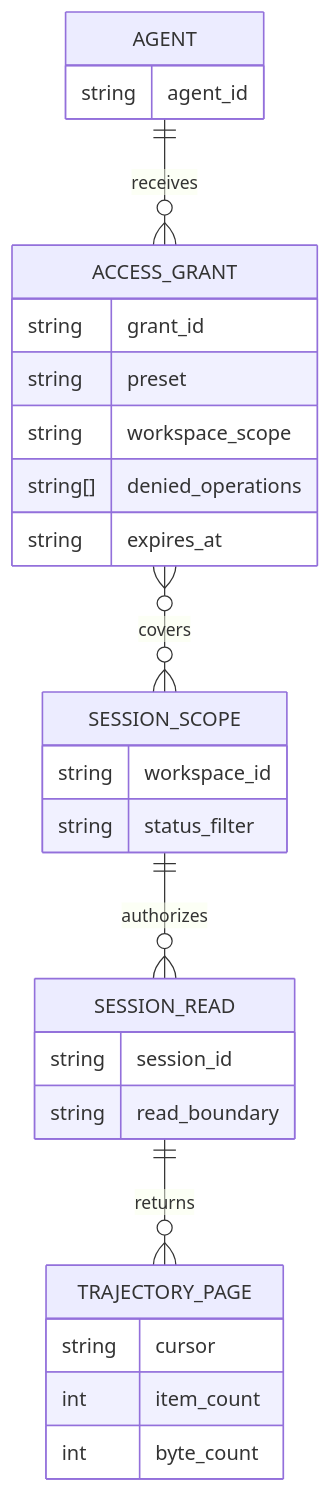
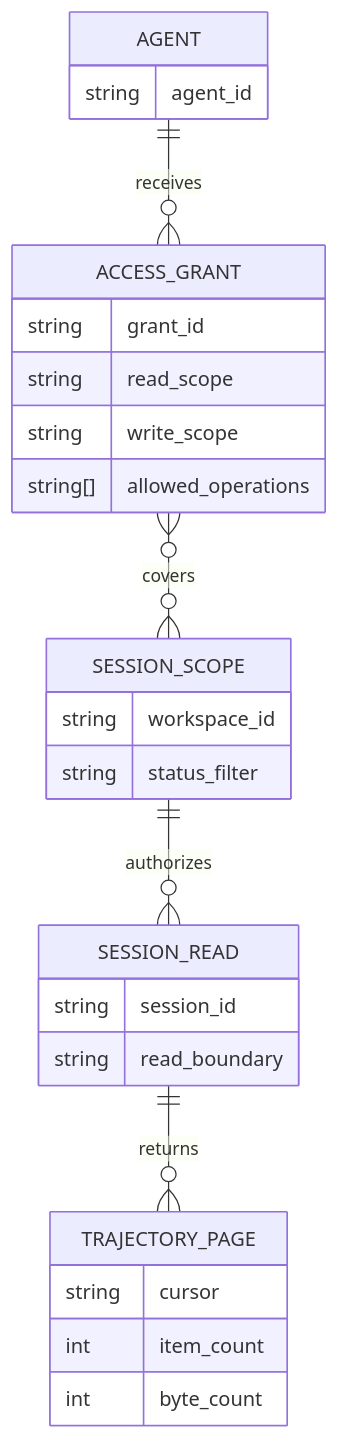
Before and after one commit to astahmer/dshfiles: the second of 2 diagrams in plans/agent-session-history.md, drawn with Mermaid. The commit also changed other lines of this file and 1 other file, not shown here.

Commit message:
docs(plan): record session history scope and contracts

````diff
--- a/plans/agent-session-history.md
+++ b/plans/agent-session-history.md
@@ -148,31 +147,30 @@
 ```mermaid
 erDiagram
     AGENT ||--o{ ACCESS_GRANT : receives
     ACCESS_GRANT }o--o{ SESSION_SCOPE : covers
     SESSION_SCOPE ||--o{ SESSION_READ : authorizes
     SESSION_READ ||--o{ TRAJECTORY_PAGE : returns
 
     AGENT {
         string agent_id
     }
     ACCESS_GRANT {
         string grant_id
-        string preset
-        string workspace_scope
-        string[] denied_operations
-        string expires_at
+        string read_scope
+        string write_scope
+        string[] allowed_operations
     }
     SESSION_SCOPE {
         string workspace_id
         string status_filter
     }
     SESSION_READ {
         string session_id
         string read_boundary
     }
     TRAJECTORY_PAGE {
         string cursor
         int item_count
         int byte_count
     }
 ```
````
